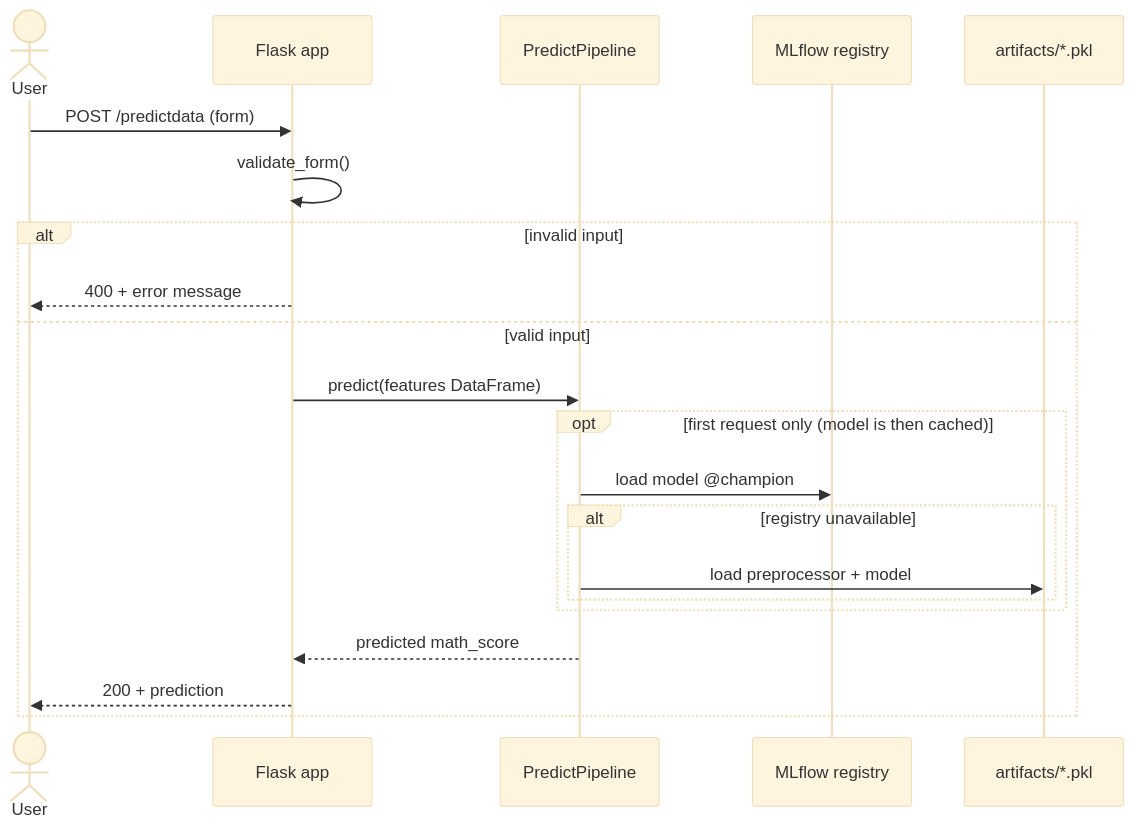
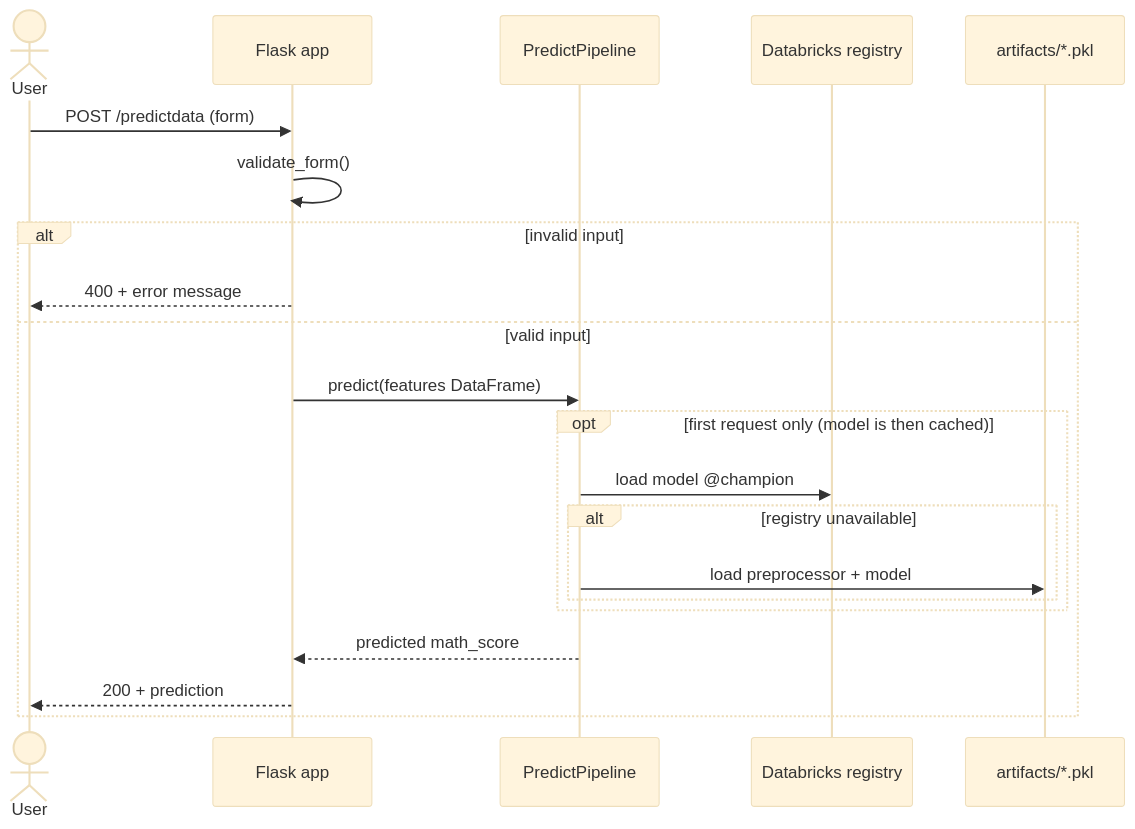
One commit to mbarek2002/mlproject changed the second of 3 diagrams in README.md. Above: the diagram before and after it, drawn with Mermaid (base theme). The commit also changed other lines of this file, not shown here.

Commit message:
document Databricks registry, configuration and hot reload in README

````diff
--- a/README.md
+++ b/README.md
@@ -114,24 +124,24 @@
 ```mermaid
 sequenceDiagram
     actor U as User
     participant F as Flask app
     participant P as PredictPipeline
-    participant R as MLflow registry
+    participant R as Databricks registry
     participant K as artifacts/*.pkl
 
     U->>F: POST /predictdata (form)
     F->>F: validate_form()
     alt invalid input
         F-->>U: 400 + error message
     else valid input
         F->>P: predict(features DataFrame)
         opt first request only (model is then cached)
             P->>R: load model @champion
             alt registry unavailable
                 P->>K: load preprocessor + model
             end
         end
         P-->>F: predicted math_score
         F-->>U: 200 + prediction
     end
 ```
````
